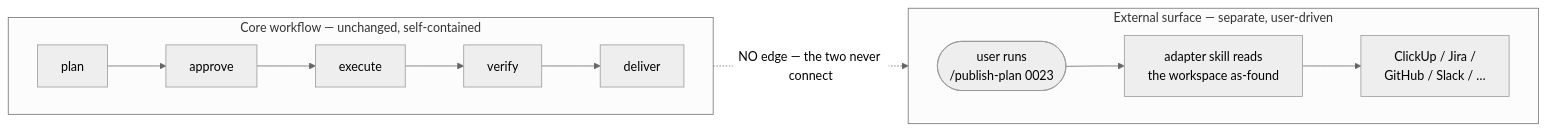
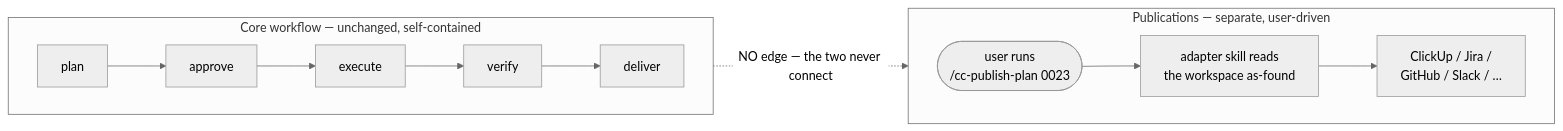
The diagram in sources/system-design/context-circuit/v0.6/external-surface/design.md (kaotypr/context-circuit-source), drawn with Mermaid (neutral theme) before and after one commit. The commit also changed other lines of this file and 5 other files, not shown here.

First line of the commit message:
docs(external-surface): refactor design to the publication/ model

````diff
--- a/sources/system-design/context-circuit/v0.6/external-surface/design.md
+++ b/sources/system-design/context-circuit/v0.6/external-surface/design.md
@@ -24,12 +24,12 @@
 ```mermaid
 flowchart LR
   subgraph core["Core workflow — unchanged, self-contained"]
     direction LR
     P["plan"] --> A["approve"] --> E["execute"] --> V["verify"] --> D["deliver"]
   end
-  subgraph ext["External surface — separate, user-driven"]
+  subgraph ext["Publications — separate, user-driven"]
     direction LR
-    U(["user runs<br/>/publish-plan 0023"]) --> K["adapter skill reads<br/>the workspace as-found"] --> X["ClickUp / Jira /<br/>GitHub / Slack / …"]
+    U(["user runs<br/>/cc-publish-plan 0023"]) --> K["adapter skill reads<br/>the workspace as-found"] --> X["ClickUp / Jira /<br/>GitHub / Slack / …"]
   end
   core -.->|"NO edge — the two never connect"| ext
 ```
````
